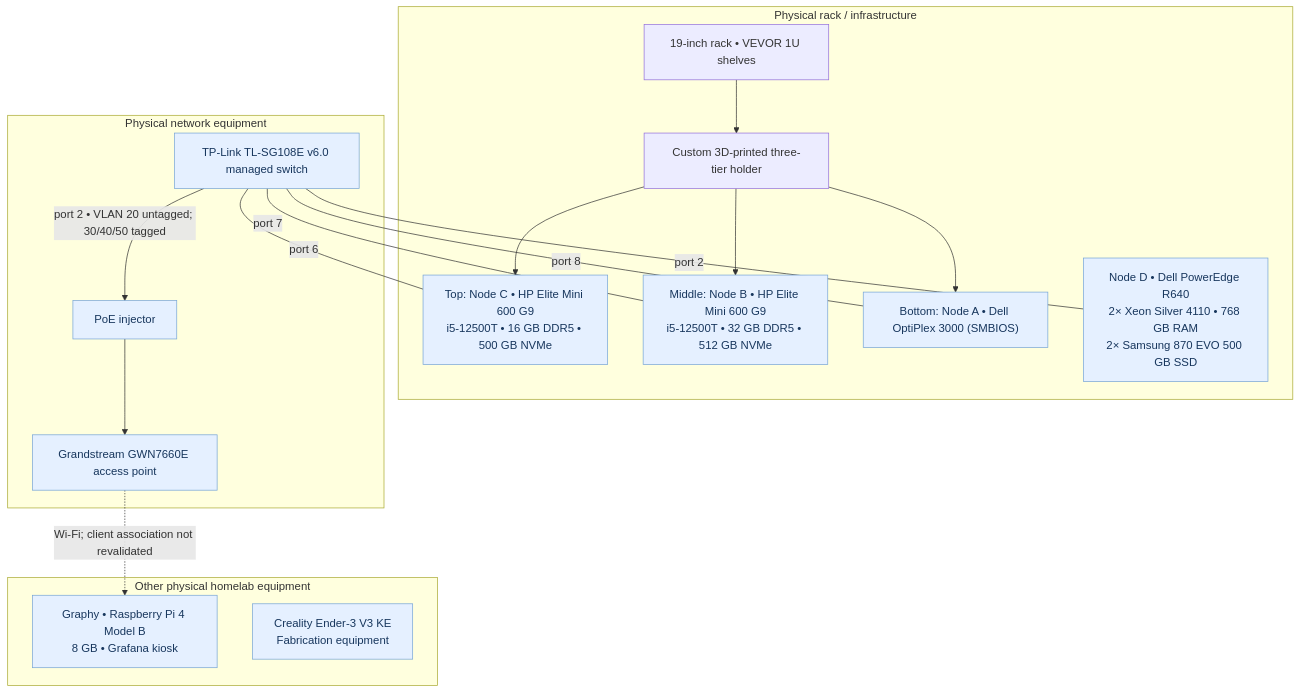
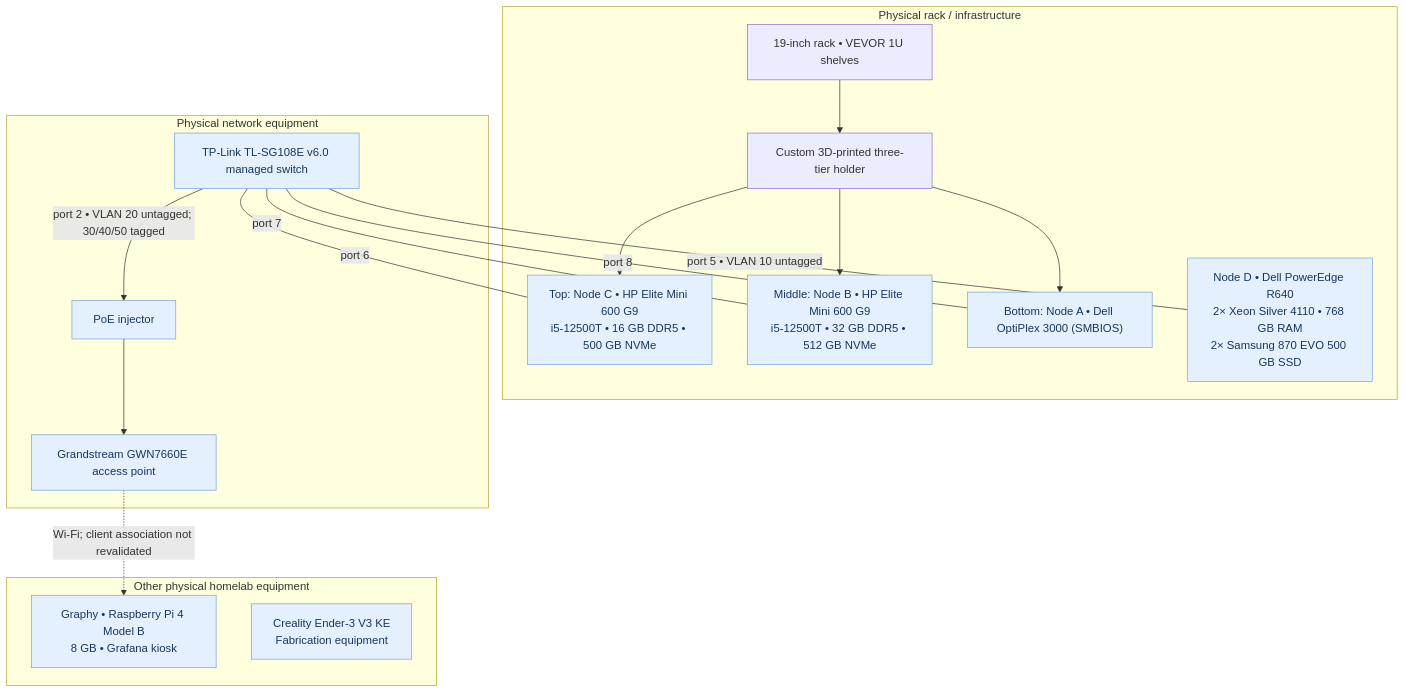
One commit to samuelkemp1619/HOMELAB-PORTFOLIO changed the third of 3 diagrams in network/diagrams/README.md. Above: the diagram before and after it, drawn with Mermaid. The commit also changed other lines of this file, not shown here.

Commit message:
Update rendered network diagrams for confirmed switch ports and Wi-Fi VLANs

````diff
--- a/network/diagrams/README.md
+++ b/network/diagrams/README.md
@@ -124,32 +130,32 @@
 ```mermaid
 flowchart TB
     subgraph RACK["Physical rack / infrastructure"]
         SHELVES["19-inch rack • VEVOR 1U shelves"]
         HOLDER["Custom 3D-printed three-tier holder"]
         H3["Top: Node C • HP Elite Mini 600 G9<br/>i5-12500T • 16 GB DDR5 • 500 GB NVMe"]
         H2["Middle: Node B • HP Elite Mini 600 G9<br/>i5-12500T • 32 GB DDR5 • 512 GB NVMe"]
         H1["Bottom: Node A • Dell OptiPlex 3000 (SMBIOS)"]
         R640["Node D • Dell PowerEdge R640<br/>2× Xeon Silver 4110 • 768 GB RAM<br/>2× Samsung 870 EVO 500 GB SSD"]
         SHELVES --> HOLDER
         HOLDER --> H3
         HOLDER --> H2
         HOLDER --> H1
     end
     subgraph NETWORK_HW["Physical network equipment"]
         SWITCH_HW["TP-Link TL-SG108E v6.0 managed switch"]
         INJECTOR["PoE injector"]
         ACCESS["Grandstream GWN7660E access point"]
         SWITCH_HW -->|"port 2 • VLAN 20 untagged; 30/40/50 tagged"| INJECTOR --> ACCESS
     end
     subgraph OTHER_HW["Other physical homelab equipment"]
         PI4["Graphy • Raspberry Pi 4 Model B<br/>8 GB • Grafana kiosk"]
         PRINTER["Creality Ender-3 V3 KE<br/>Fabrication equipment"]
     end
     SWITCH_HW ---|"port 8"| H1
     SWITCH_HW ---|"port 7"| H2
     SWITCH_HW ---|"port 6"| H3
-    SWITCH_HW ---|"port 2"| R640
+    SWITCH_HW ---|"port 5 • VLAN 10 untagged"| R640
     ACCESS -. "Wi-Fi; client association not revalidated" .-> PI4
     classDef platform fill:#e5f0ff,color:#17365d,stroke:#77a5d6
     class H1,H2,H3,R640,SWITCH_HW,INJECTOR,ACCESS,PI4,PRINTER platform
 ```
````
